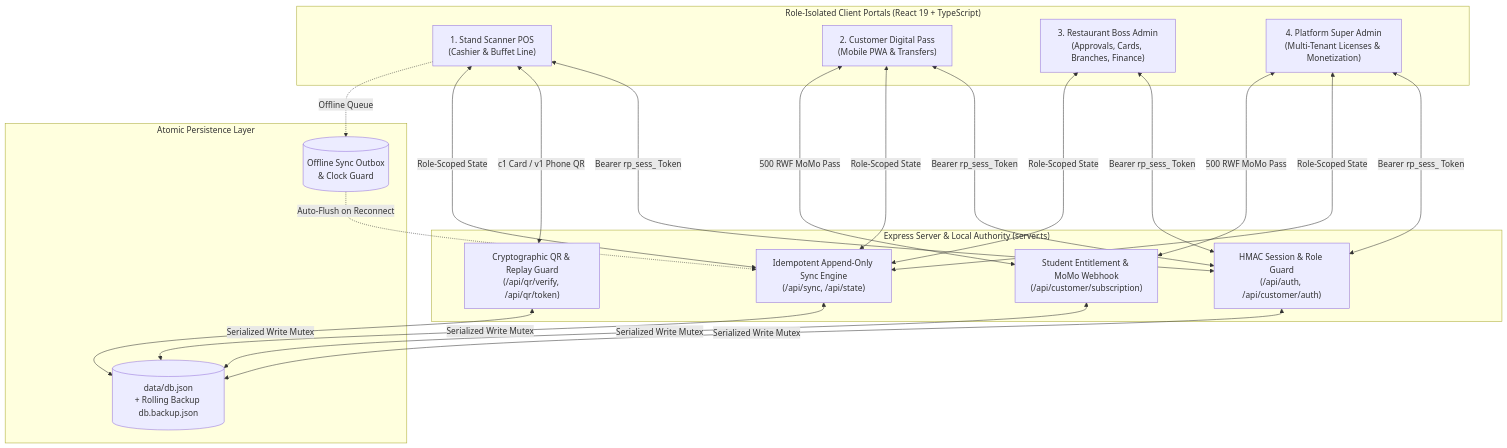
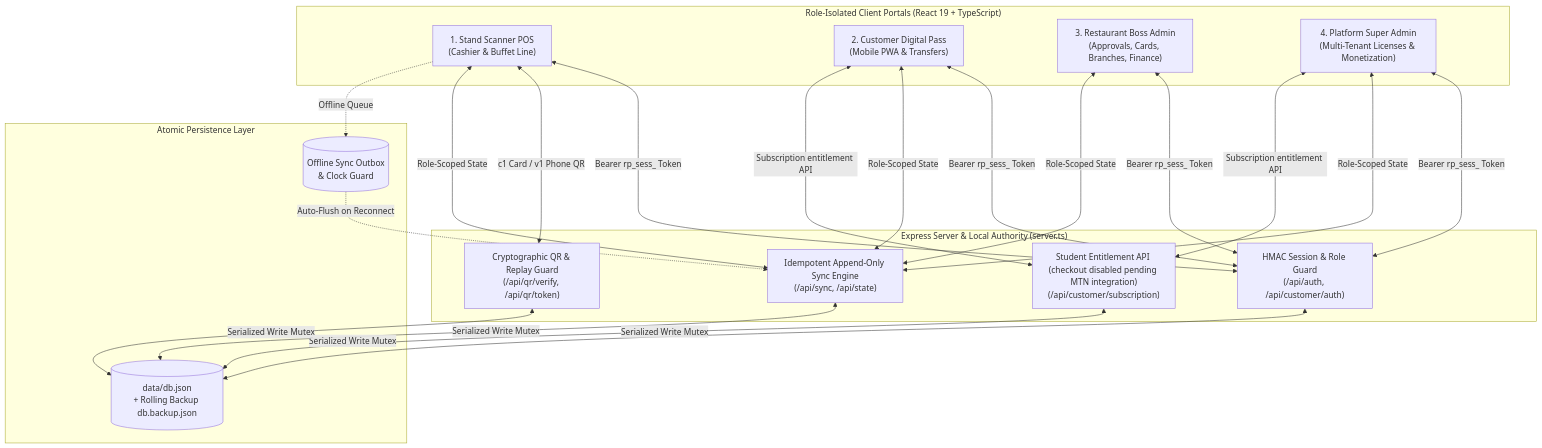
Before and after one commit to ephremdushime/restourant: the diagram in README.md, drawn with Mermaid. The commit also changed other lines of this file, not shown here.

````diff
--- a/README.md
+++ b/README.md
@@ -34,29 +34,29 @@
 ```mermaid
 flowchart TB
     subgraph Clients["Role-Isolated Client Portals (React 19 + TypeScript)"]
         P1["1. Stand Scanner POS\n(Cashier & Buffet Line)"]
         P2["2. Customer Digital Pass\n(Mobile PWA & Transfers)"]
         P3["3. Restaurant Boss Admin\n(Approvals, Cards, Branches, Finance)"]
         P4["4. Platform Super Admin\n(Multi-Tenant Licenses & Monetization)"]
     end
 
     subgraph Authority["Express Server & Local Authority (server.ts)"]
         Auth["HMAC Session & Role Guard\n(/api/auth, /api/customer/auth)"]
         QR["Cryptographic QR & Replay Guard\n(/api/qr/verify, /api/qr/token)"]
         Sync["Idempotent Append-Only Sync Engine\n(/api/sync, /api/state)"]
-        Sub["Student Entitlement & MoMo Webhook\n(/api/customer/subscription)"]
+        Sub["Student Entitlement API (checkout disabled pending MTN integration)\n(/api/customer/subscription)"]
     end
 
     subgraph Storage["Atomic Persistence Layer"]
         DB[("data/db.json\n+ Rolling Backup db.backup.json")]
         Outbox[("Offline Sync Outbox\n& Clock Guard")]
     end
 
     P1 & P2 & P3 & P4 <-->|Bearer rp_sess_ Token| Auth
     P1 <-->|c1 Card / v1 Phone QR| QR
     P1 & P2 & P3 & P4 <-->|Role-Scoped State| Sync
-    P2 & P4 <-->|500 RWF MoMo Pass| Sub
+    P2 & P4 <-->|Subscription entitlement API| Sub
     Auth & QR & Sync & Sub <-->|Serialized Write Mutex| DB
     P1 -.->|Offline Queue| Outbox
     Outbox -.->|Auto-Flush on Reconnect| Sync
 ```
````
